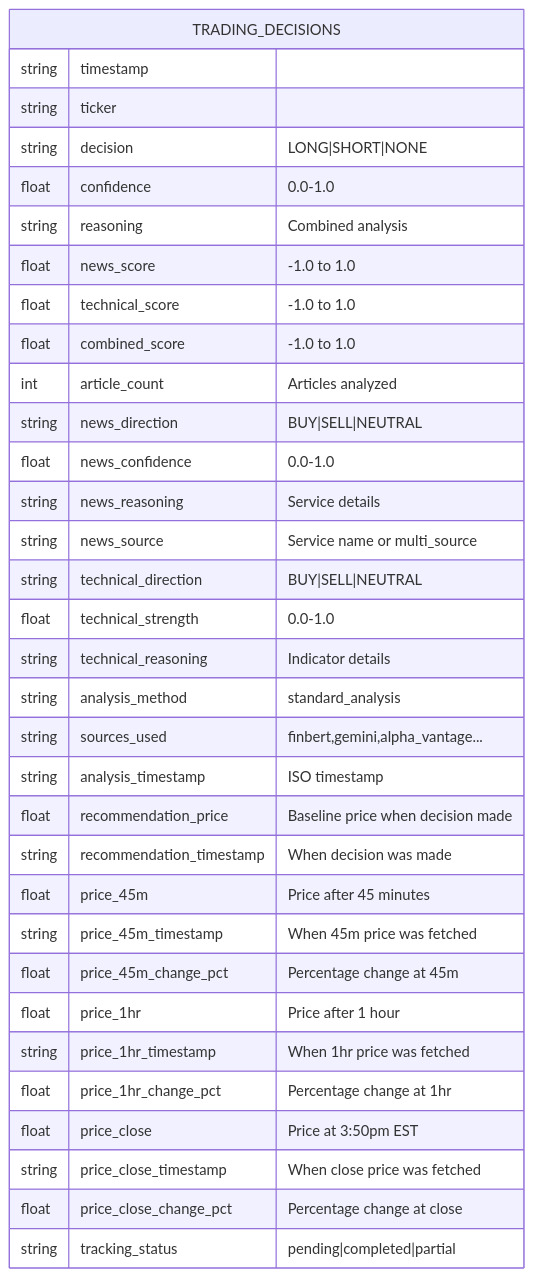
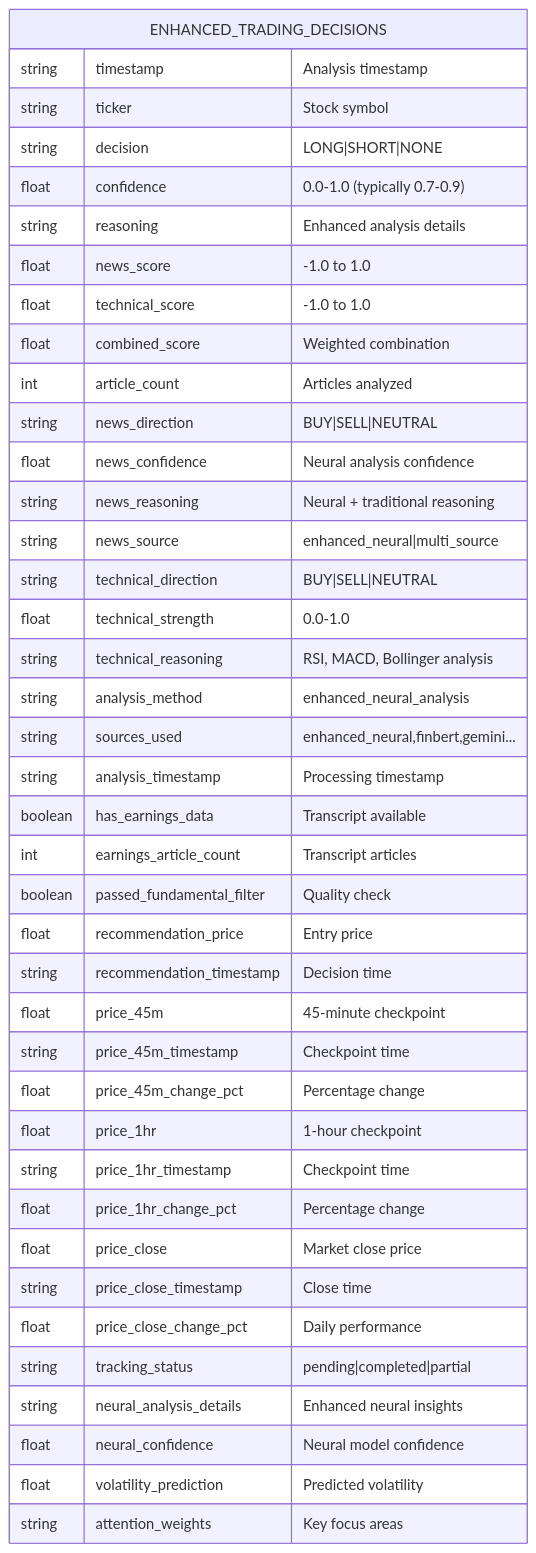
Before and after one commit to jaygasi/news_analyzer: the ninth of 11 diagrams in news_cruncher/README.md, drawn with Mermaid. The commit also changed other lines of this file and 12 other files, not shown here.

Commit message:
added the price-backfiller, fundamentals filtering of stucks (not working correctly), added enhanced LLM Roberta

````diff
--- a/news_cruncher/README.md
+++ b/news_cruncher/README.md
@@ -309,37 +694,50 @@
 ```mermaid
 erDiagram
-    TRADING_DECISIONS {
-        string timestamp
-        string ticker
+    ENHANCED_TRADING_DECISIONS {
+        string timestamp "Analysis timestamp"
+        string ticker "Stock symbol"
         string decision "LONG|SHORT|NONE"
-        float confidence "0.0-1.0"
-        string reasoning "Combined analysis"
+        float confidence "0.0-1.0 (typically 0.7-0.9)"
+        string reasoning "Enhanced analysis details"
+        
         float news_score "-1.0 to 1.0"
-        float technical_score "-1.0 to 1.0"
-        float combined_score "-1.0 to 1.0"
+        float technical_score "-1.0 to 1.0" 
+        float combined_score "Weighted combination"
         int article_count "Articles analyzed"
+        
         string news_direction "BUY|SELL|NEUTRAL"
-        float news_confidence "0.0-1.0"
-        string news_reasoning "Service details"
-        string news_source "Service name or multi_source"
+        float news_confidence "Neural analysis confidence"
+        string news_reasoning "Neural + traditional reasoning"
+        string news_source "enhanced_neural|multi_source"
+        
         string technical_direction "BUY|SELL|NEUTRAL"
         float technical_strength "0.0-1.0"
-        string technical_reasoning "Indicator details"
-        string analysis_method "standard_analysis"
-        string sources_used "finbert,gemini,alpha_vantage..."
-        string analysis_timestamp "ISO timestamp"
+        string technical_reasoning "RSI, MACD, Bollinger analysis"
         
-        float recommendation_price "Baseline price when decision made"
-        string recommendation_timestamp "When decision was made"
-        float price_45m "Price after 45 minutes"
-        string price_45m_timestamp "When 45m price was fetched"
-        float price_45m_change_pct "Percentage change at 45m"
-        float price_1hr "Price after 1 hour"
-        string price_1hr_timestamp "When 1hr price was fetched"
-        float price_1hr_change_pct "Percentage change at 1hr"
-        float price_close "Price at 3:50pm EST"
-        string price_close_timestamp "When close price was fetched"
-        float price_close_change_pct "Percentage change at close"
+        string analysis_method "enhanced_neural_analysis"
+        string sources_used "enhanced_neural,finbert,gemini..."
+        string analysis_timestamp "Processing timestamp"
+        
+        boolean has_earnings_data "Transcript available"
+        int earnings_article_count "Transcript articles"
+        boolean passed_fundamental_filter "Quality check"
+        
+        float recommendation_price "Entry price"
+        string recommendation_timestamp "Decision time"
+        float price_45m "45-minute checkpoint"
+        string price_45m_timestamp "Checkpoint time"
+        float price_45m_change_pct "Percentage change"
+        float price_1hr "1-hour checkpoint"
+        string price_1hr_timestamp "Checkpoint time"
+        float price_1hr_change_pct "Percentage change"
+        float price_close "Market close price"
+        string price_close_timestamp "Close time"
+        float price_close_change_pct "Daily performance"
         string tracking_status "pending|completed|partial"
+        
+        string neural_analysis_details "Enhanced neural insights"
+        float neural_confidence "Neural model confidence"
+        float volatility_prediction "Predicted volatility"
+        string attention_weights "Key focus areas"
     }
 ```
````
